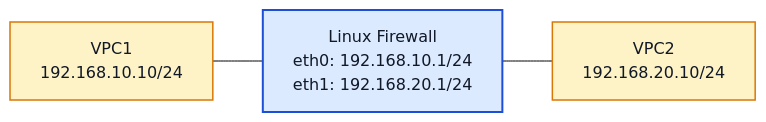
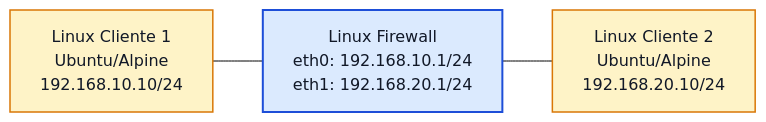
One commit to oficialvzi/PTR changed the diagram in labs/lab10.md. Above: the diagram before and after it, drawn with Mermaid (forest theme). The commit also changed other lines of this file, not shown here.

````diff
--- a/labs/lab10.md
+++ b/labs/lab10.md
@@ -73,15 +109,15 @@
 ```mermaid
 flowchart LR
-    VPC1["VPC1<br/>192.168.10.10/24"]
+    HOST1["Linux Cliente 1<br/>Ubuntu/Alpine<br/>192.168.10.10/24"]
     FW["Linux Firewall<br/>eth0: 192.168.10.1/24<br/>eth1: 192.168.20.1/24"]
-    VPC2["VPC2<br/>192.168.20.10/24"]
+    HOST2["Linux Cliente 2<br/>Ubuntu/Alpine<br/>192.168.20.10/24"]
 
-    VPC1 --- FW
-    FW --- VPC2
+    HOST1 --- FW
+    FW --- HOST2
 
     classDef host fill:#fef3c7,stroke:#d97706,color:#111827,stroke-width:1.5px;
     classDef fw fill:#dbeafe,stroke:#1d4ed8,color:#111827,stroke-width:2px;
 
-    class VPC1,VPC2 host;
+    class HOST1,HOST2 host;
     class FW fw;
 ```
````
